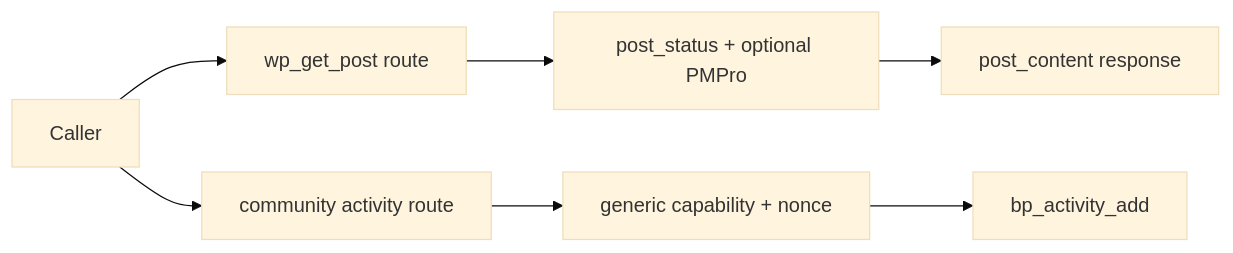
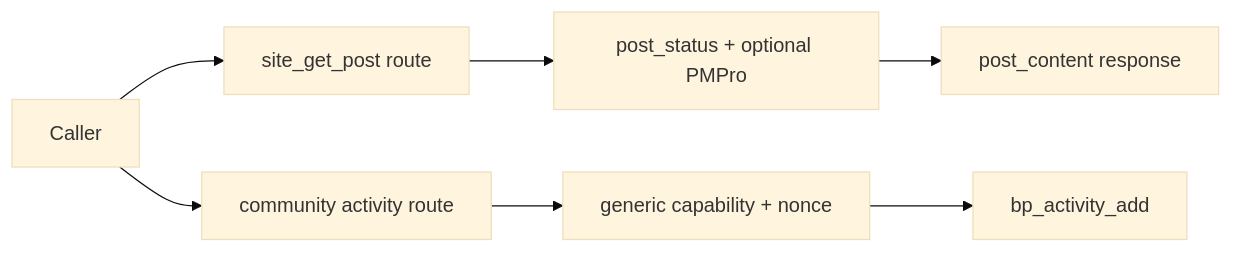
Before and after one commit to kulkarnitech/WP-WebMCP: the diagram in security-hardening/diagrams/domain-aware-authorization-before.mmd, drawn with Mermaid (base theme). The commit also changed 31 other files, not shown here.

```diff
--- a/security-hardening/diagrams/domain-aware-authorization-before.mmd
+++ b/security-hardening/diagrams/domain-aware-authorization-before.mmd
@@ -1,7 +1,7 @@
 flowchart LR
-  U[Caller] --> P[wp_get_post route]
+  U[Caller] --> P[site_get_post route]
   U --> B[community activity route]
   P --> V[post_status + optional PMPro]
   V --> C[post_content response]
   B --> G[generic capability + nonce]
   G --> A[bp_activity_add]
```
